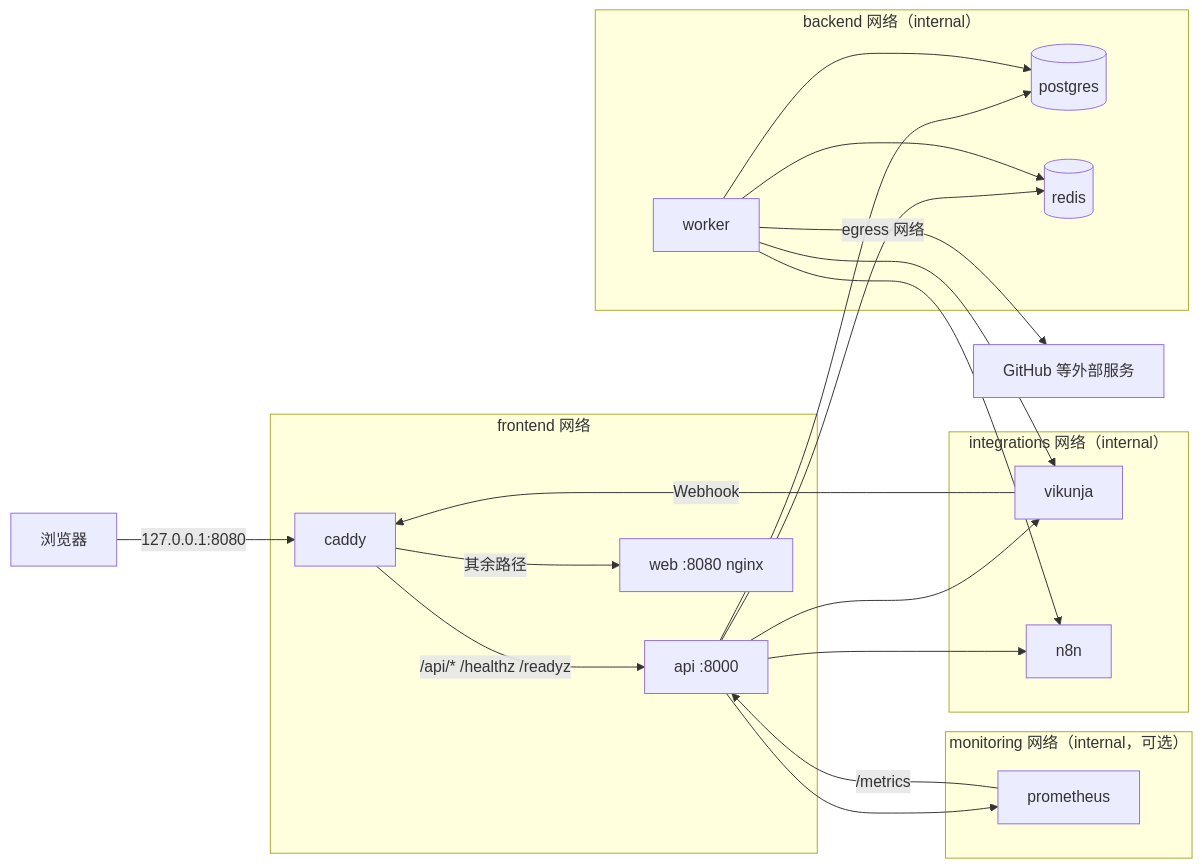
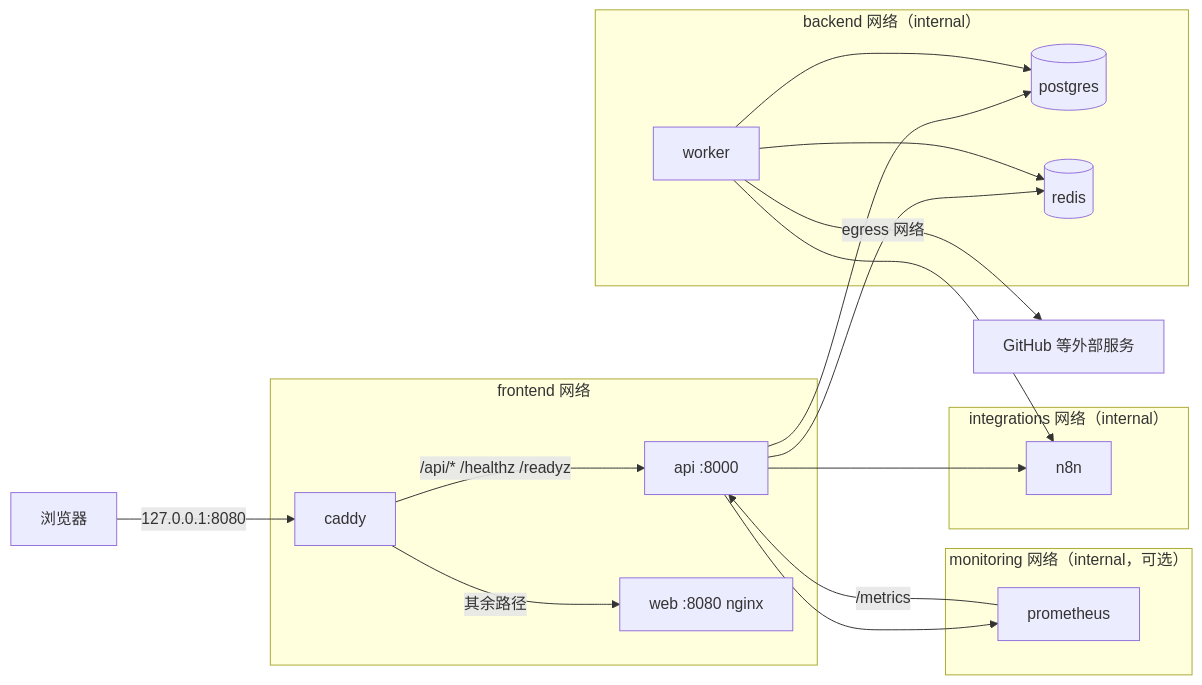
One commit to brianabc121/WorkspaceCore changed the first of 2 diagrams in docs/architecture.md. Above: the diagram before and after it, drawn with Mermaid. The commit also changed other lines of this file and 3 other files, not shown here.

````diff
--- a/docs/architecture.md
+++ b/docs/architecture.md
@@ -52,26 +52,23 @@
 ```mermaid
 flowchart LR
     U[浏览器] -->|127.0.0.1:8080| C[caddy]
     subgraph frontend[frontend 网络]
         C -->|/api/* /healthz /readyz| A[api :8000]
         C -->|其余路径| W[web :8080 nginx]
     end
     subgraph backend[backend 网络（internal）]
         A --> P[(postgres)]
         A --> R[(redis)]
         K[worker] --> P
         K --> R
     end
     subgraph integrations[integrations 网络（internal）]
-        A --> V[vikunja]
-        K --> V
         A --> N[n8n]
         K --> N
-        V -->|Webhook| C
     end
     subgraph monitoring[monitoring 网络（internal，可选）]
         PR[prometheus] -->|/metrics| A
         A --> PR
     end
     K -->|egress 网络| G[GitHub 等外部服务]
 ```
````
